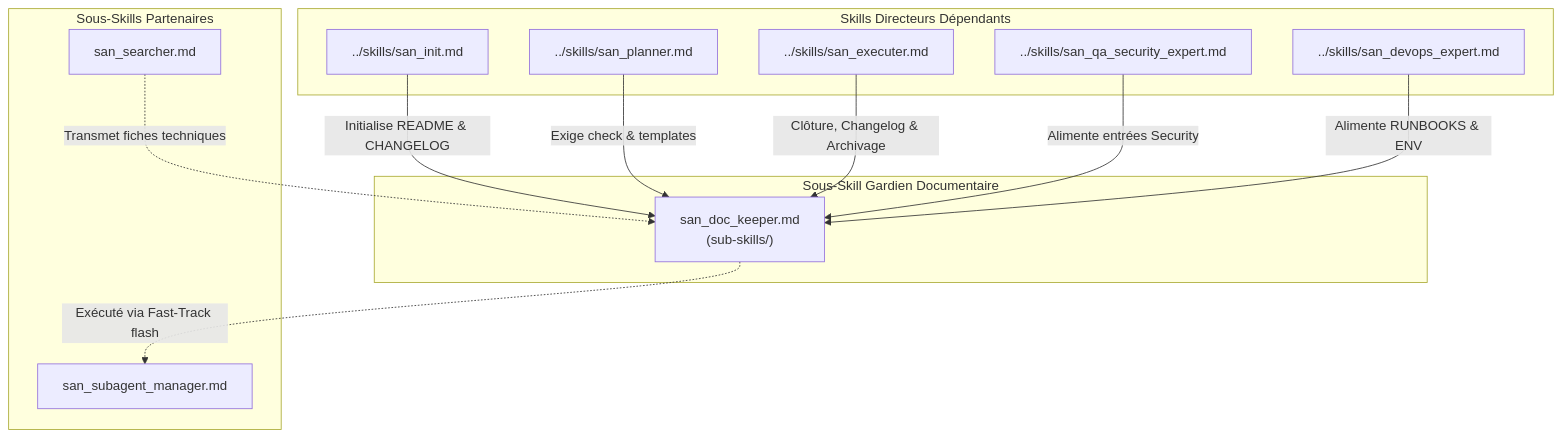
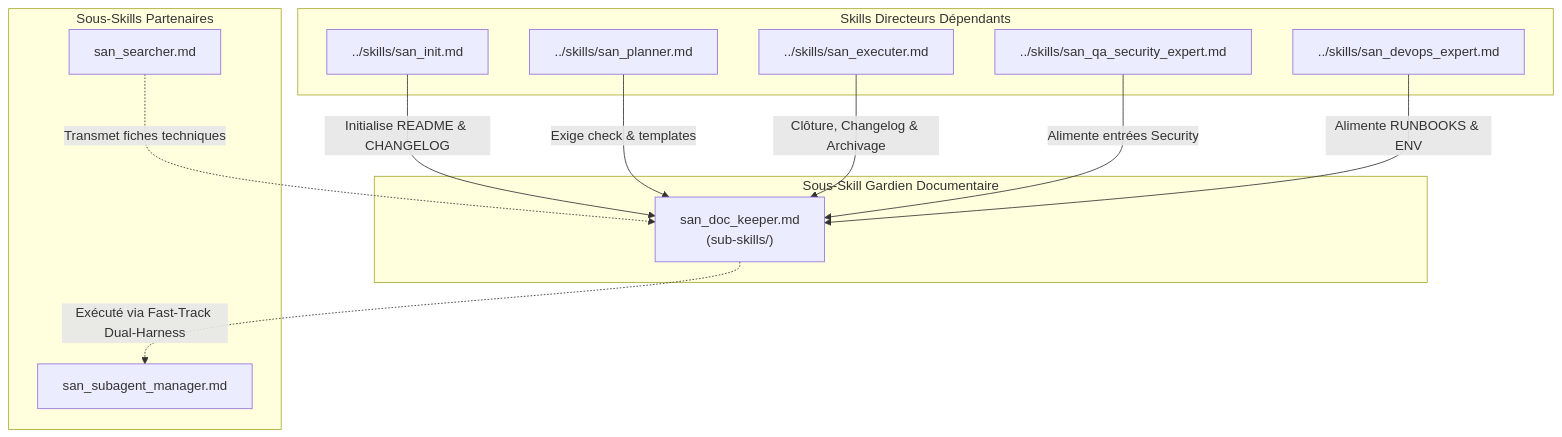
The third of 3 diagrams in sub-skills/san_doc_keeper.md (alexsan-dev/san_agy_framework), drawn with Mermaid before and after one commit. The commit also changed other lines of this file and 69 other files, not shown here.

Commit message:
release(v2.2.0): dual-harness Antigravity + OpenCode V2, models CLI, san_transcriber & cognitive unshackling

````diff
--- a/sub-skills/san_doc_keeper.md
+++ b/sub-skills/san_doc_keeper.md
@@ -426,28 +430,28 @@
 ```mermaid
 flowchart TD
     subgraph "Skills Directeurs Dépendants"
         san_init["../skills/san_init.md"]
         san_planner["../skills/san_planner.md"]
         san_executer["../skills/san_executer.md"]
         san_qa_security_expert["../skills/san_qa_security_expert.md"]
         san_devops_expert["../skills/san_devops_expert.md"]
     end
     
     subgraph "Sous-Skill Gardien Documentaire"
         san_doc_keeper["san_doc_keeper.md\n(sub-skills/)"]
     end
     
     subgraph "Sous-Skills Partenaires"
         san_subagent_manager["san_subagent_manager.md"]
         san_searcher["san_searcher.md"]
     end
     
     san_init -->|Initialise README & CHANGELOG| san_doc_keeper
     san_planner -->|Exige check & templates| san_doc_keeper
     san_executer -->|Clôture, Changelog & Archivage| san_doc_keeper
     san_qa_security_expert -->|Alimente entrées Security| san_doc_keeper
     san_devops_expert -->|Alimente RUNBOOKS & ENV| san_doc_keeper
     
-    san_doc_keeper -.->|Exécuté via Fast-Track flash| san_subagent_manager
+    san_doc_keeper -.->|Exécuté via Fast-Track Dual-Harness| san_subagent_manager
     san_searcher -.->|Transmet fiches techniques| san_doc_keeper
 ```
````
